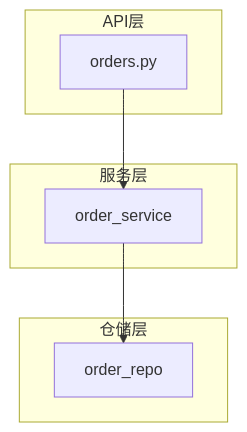
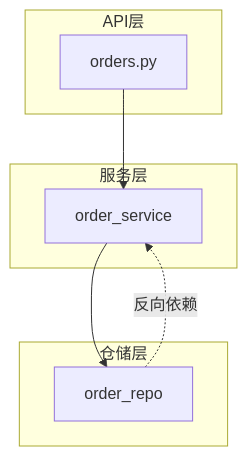
One commit to ironbob/DesignSKills changed the first of 3 diagrams in skills/arch-overview/examples/2026-07-10-example-overview.md. Above: the diagram before and after it, drawn with Mermaid. The commit also changed other lines of this file and 10 other files, not shown here.

Commit message:
fix(arch-overview): generate Mermaid from structured diagrams

````diff
--- a/skills/arch-overview/examples/2026-07-10-example-overview.md
+++ b/skills/arch-overview/examples/2026-07-10-example-overview.md
@@ -44,14 +44,15 @@
 ```mermaid
 flowchart TD
   subgraph api["API层"]
     A["orders.py"]
   end
   subgraph svc["服务层"]
     S["order_service"]
   end
   subgraph rep["仓储层"]
     R["order_repo"]
   end
   A --> S
   S --> R
+  R -.->|"反向依赖"| S
 ```
````
